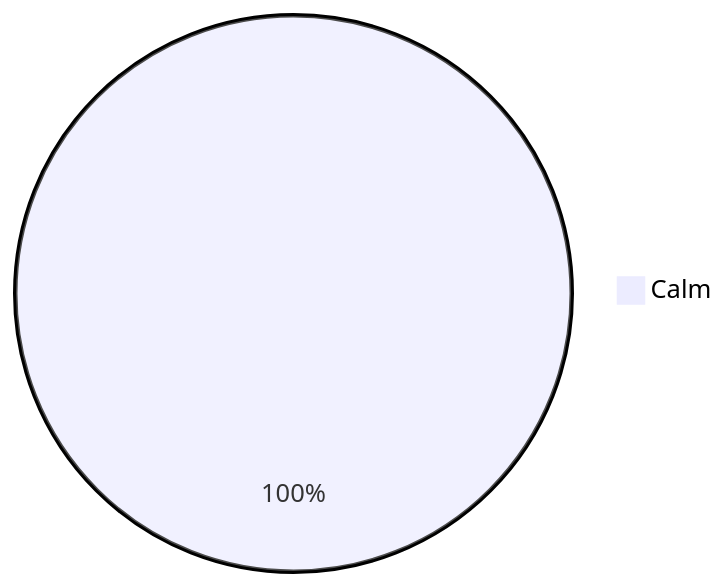
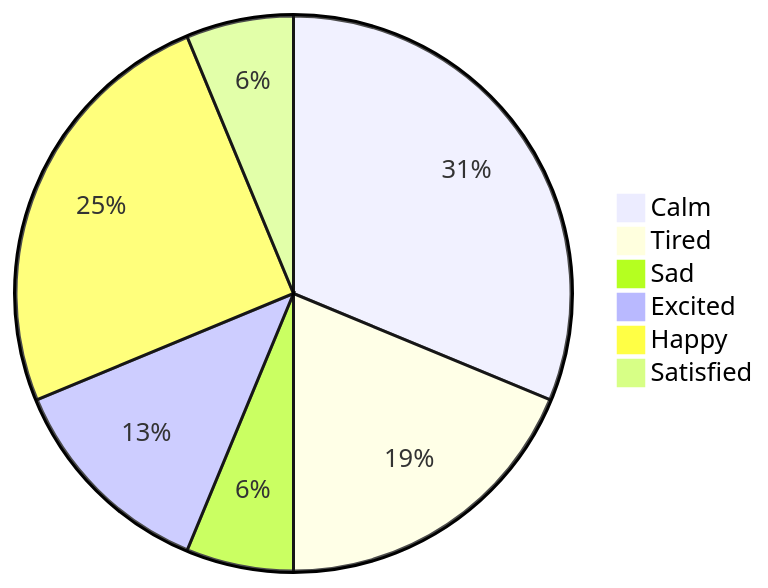
Diagram 11 of 17 in documentation/interviews-surveys/mood-mental-health-survey-V2.md (S4-Smart-mobile/S4-Smart-Mobile), drawn with Mermaid before and after one commit. The commit also changed other lines of this file, not shown here.

````diff
--- a/documentation/interviews-surveys/mood-mental-health-survey-V2.md
+++ b/documentation/interviews-surveys/mood-mental-health-survey-V2.md
@@ -166,4 +205,9 @@
 ```mermaid
 pie
-"Calm": 2
+"Calm": 5
+"Tired": 3
+"Sad": 1
+"Excited": 2
+"Happy": 4
+"Satisfied": 1
 ```
````
